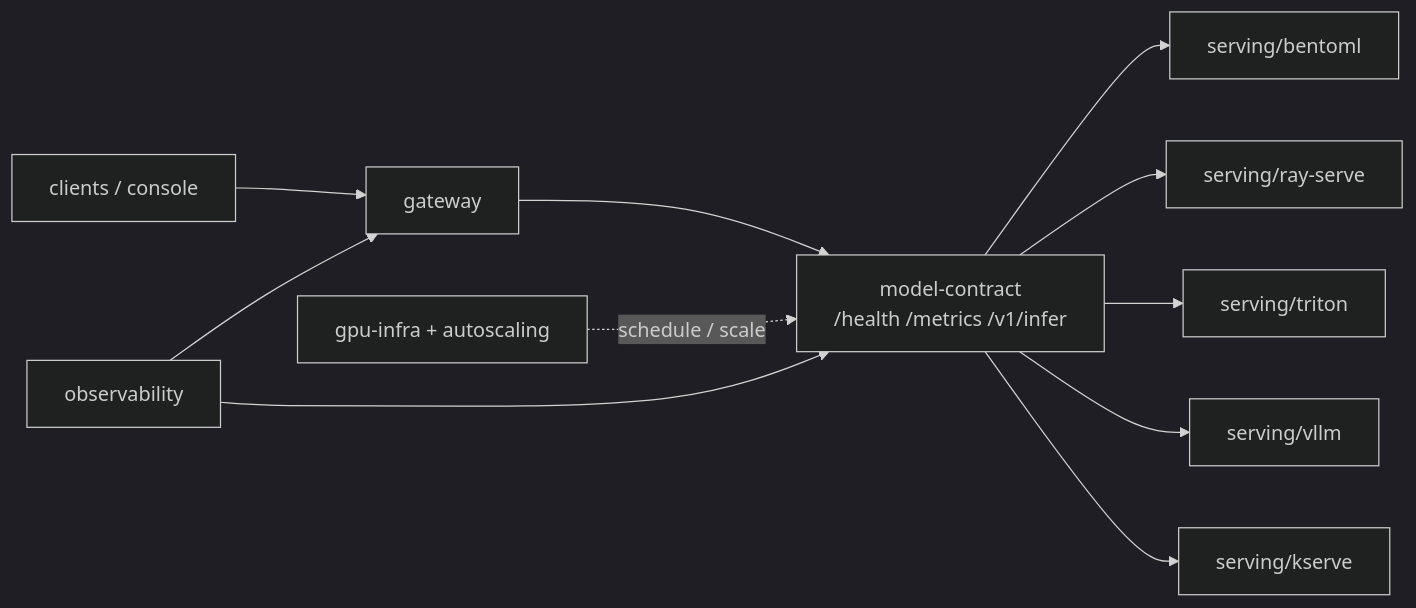
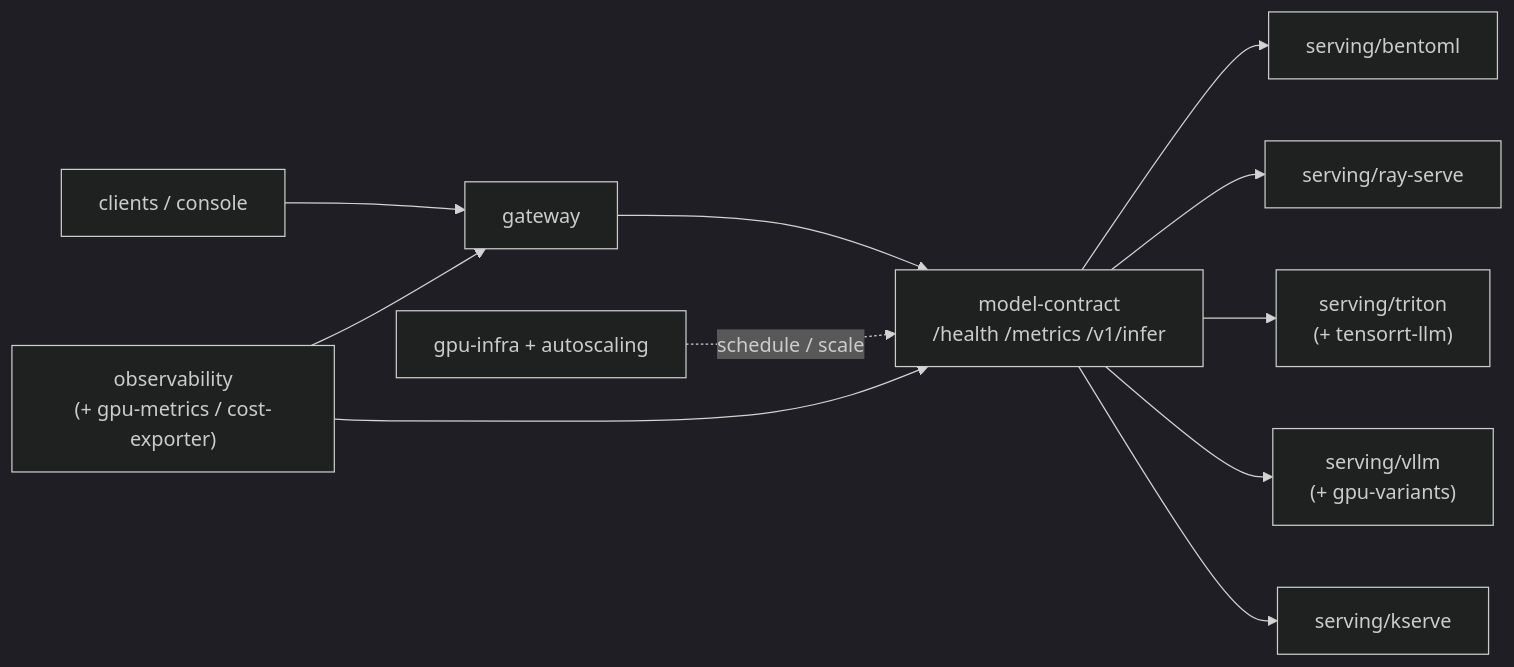
The diagram in README.md (hamidmatiny/Vulcan), drawn with Mermaid (dark theme) before and after one commit. The commit also changed other lines of this file, not shown here.

````diff
--- a/README.md
+++ b/README.md
@@ -36,13 +40,13 @@
 ```mermaid
 flowchart LR
   Client["clients / console"] --> GW["gateway"]
   GW --> Contract["model-contract\n/health /metrics /v1/infer"]
   Contract --> Bento["serving/bentoml"]
   Contract --> Ray["serving/ray-serve"]
-  Contract --> Triton["serving/triton"]
-  Contract --> VLLM["serving/vllm"]
+  Contract --> Triton["serving/triton\n(+ tensorrt-llm)"]
+  Contract --> VLLM["serving/vllm\n(+ gpu-variants)"]
   Contract --> KServe["serving/kserve"]
   GPU["gpu-infra + autoscaling"] -.->|"schedule / scale"| Contract
-  Obs["observability"] --> GW
+  Obs["observability\n(+ gpu-metrics / cost-exporter)"] --> GW
   Obs --> Contract
 ```
````
